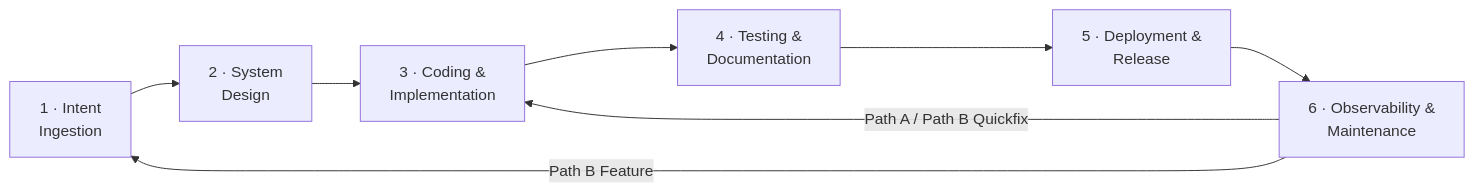
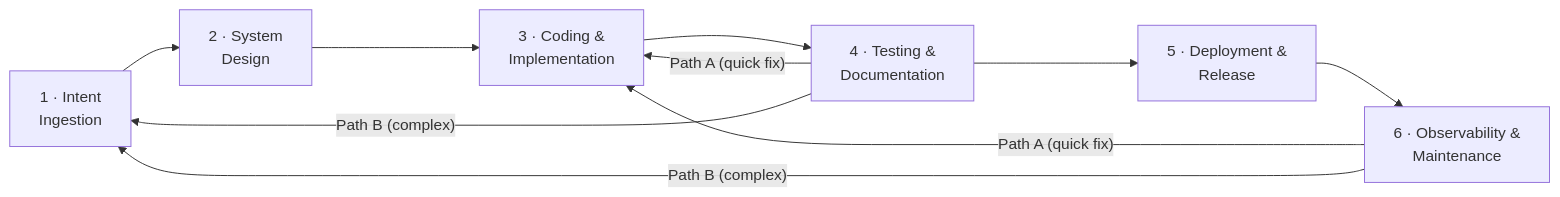
The diagram in README.md (jvanheerikhuize/a-sdlc), drawn with Mermaid before and after one commit. The commit also changed other lines of this file and 6 other files, not shown here.

````diff
--- a/README.md
+++ b/README.md
@@ -30,13 +30,15 @@
 ```mermaid
 flowchart LR
     S1["1 · Intent\nIngestion"]
     S2["2 · System\nDesign"]
     S3["3 · Coding &\nImplementation"]
     S4["4 · Testing &\nDocumentation"]
     S5["5 · Deployment &\nRelease"]
     S6["6 · Observability &\nMaintenance"]
 
     S1 --> S2 --> S3 --> S4 --> S5 --> S6
-    S6 -- "Path A / Path B Quickfix" --> S3
-    S6 -- "Path B Feature" --> S1
+    S4 -- "Path A (quick fix)" --> S3
+    S4 -- "Path B (complex)" --> S1
+    S6 -- "Path A (quick fix)" --> S3
+    S6 -- "Path B (complex)" --> S1
 ```
````
